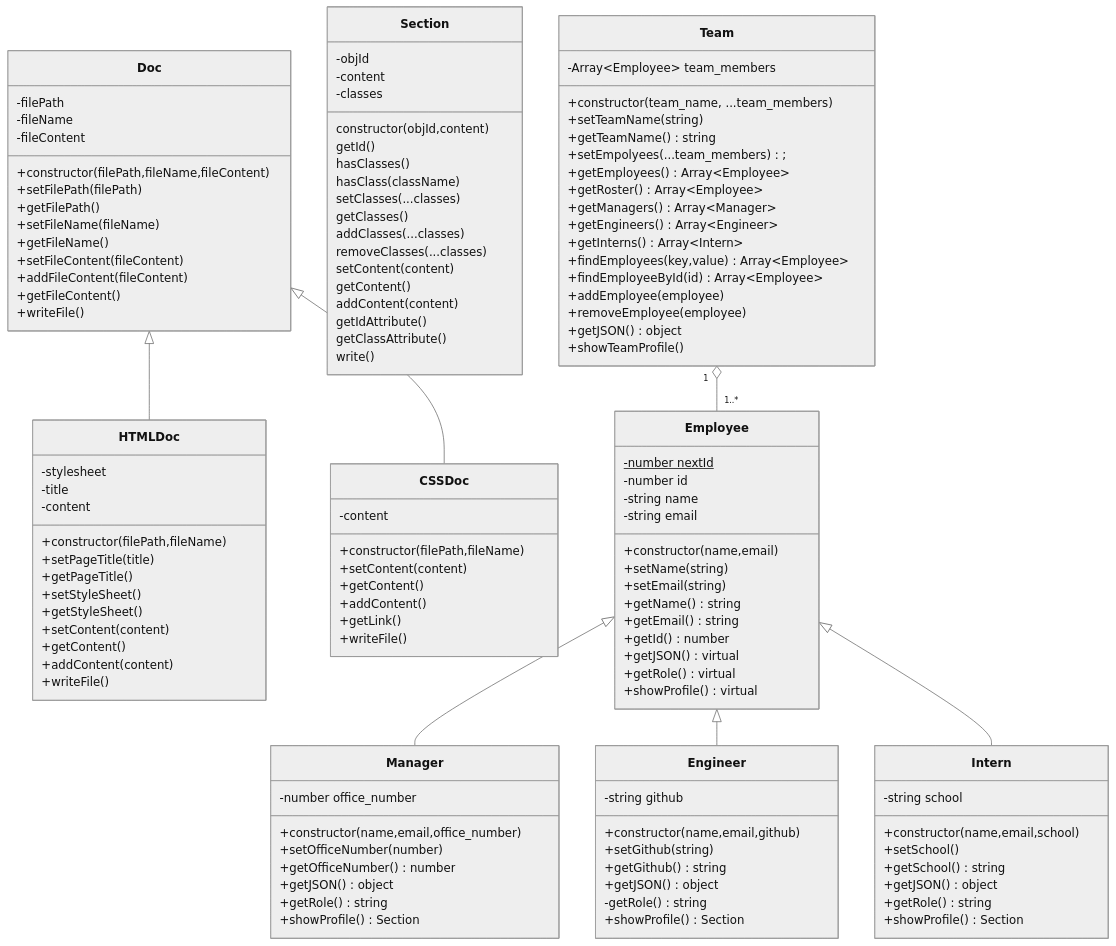
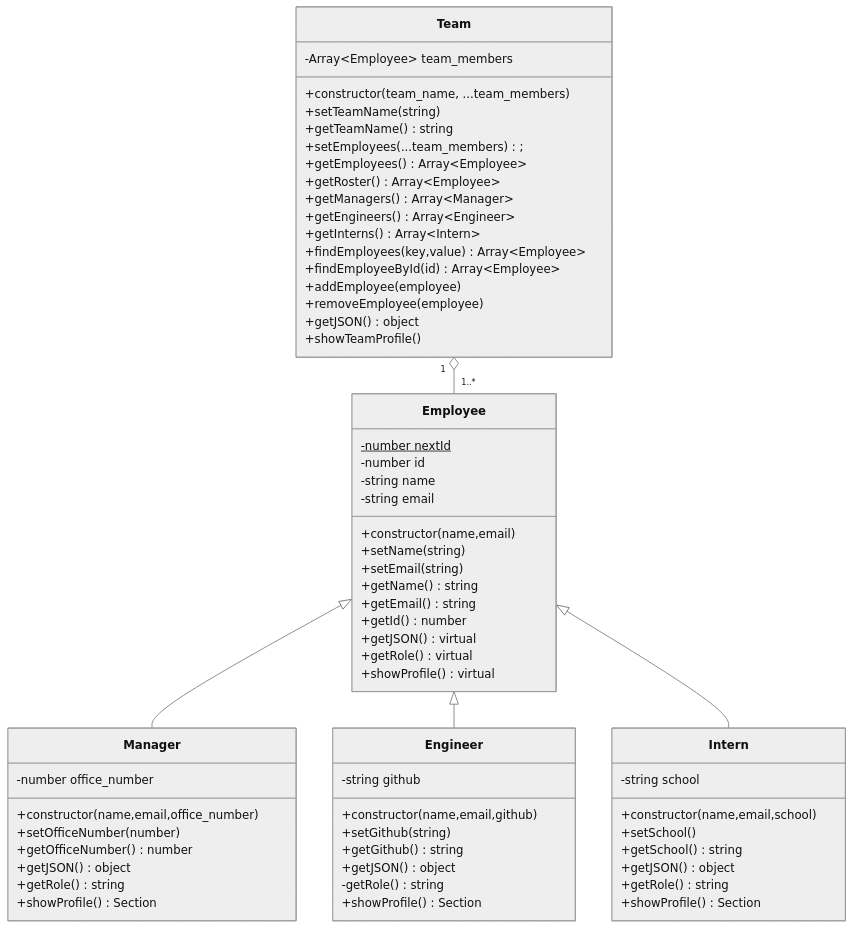
One commit to jrcharney/team-profile-generator changed the first of 3 diagrams in README.md. Above: the diagram before and after it, drawn with Mermaid (neutral theme). The commit also changed 6 other files, not shown here.

````diff
--- a/README.md
+++ b/README.md
@@ -72,65 +76,5 @@
 ```mermaid
 classDiagram
-
-class Doc {
-  -filePath
-  -fileName
-  -fileContent
-  +constructor(filePath,fileName,fileContent)
-  +setFilePath(filePath)
-  +getFilePath()
-  +setFileName(fileName)
-  +getFileName()
-  +setFileContent(fileContent)
-  +addFileContent(fileContent)
-  +getFileContent()
-  +writeFile()
-}
-
-class HTMLDoc {
-  -stylesheet
-  -title
-  -content
-  +constructor(filePath,fileName)
-  +setPageTitle(title)
-  +getPageTitle()
-  +setStyleSheet()
-  +getStyleSheet()
-  +setContent(content)
-  +getContent()
-  +addContent(content)
-  +writeFile()
-}
-
-class CSSDoc {
-  -content
-  +constructor(filePath,fileName)
-  +setContent(content)
-  +getContent()
-  +addContent()
-  +getLink()
-  +writeFile()
-}
-
-class Section {
-  -objId
-  -content
-  -classes
-  constructor(objId,content)
-  getId()
-  hasClasses()
-  hasClass(className)
-  setClasses(...classes)
-  getClasses()
-  addClasses(...classes)
-  removeClasses(...classes)
-  setContent(content)
-  getContent()
-  addContent(content)
-  getIdAttribute()
-  getClassAttribute()
-  write()
-}
 
 class Employee {
   -number nextId$
@@ -183,7 +127,7 @@
  +constructor(team_name, ...team_members)
  +setTeamName(string)
  +getTeamName() string
- +setEmpolyees(...team_members);
+ +setEmployees(...team_members);
  +getEmployees() Array~Employee~
  +getRoster() Array~Employee~
  +getManagers()  Array~Manager~
@@ -197,9 +141,6 @@
  +showTeamProfile()
 }
 
-Doc <|-- HTMLDoc
-Doc <|-- CSSDoc
-
 Employee <|-- Manager
 Employee <|-- Engineer
 Employee <|-- Intern
````
